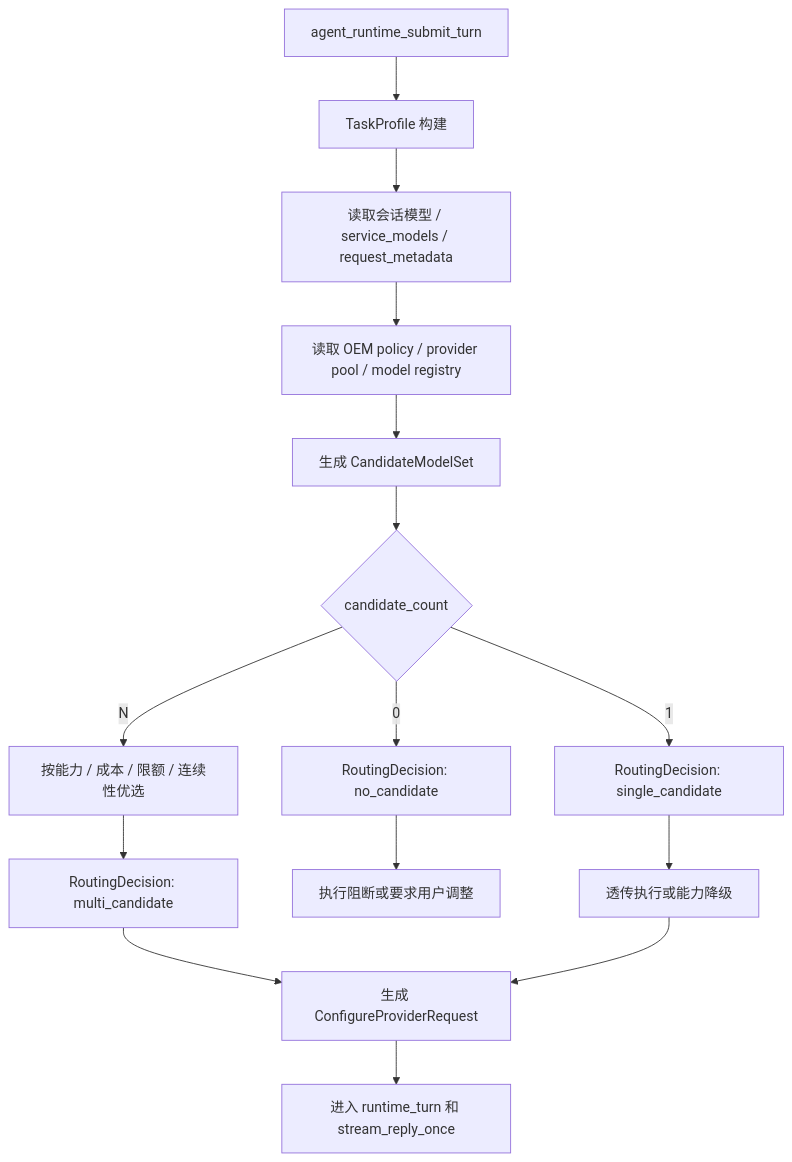
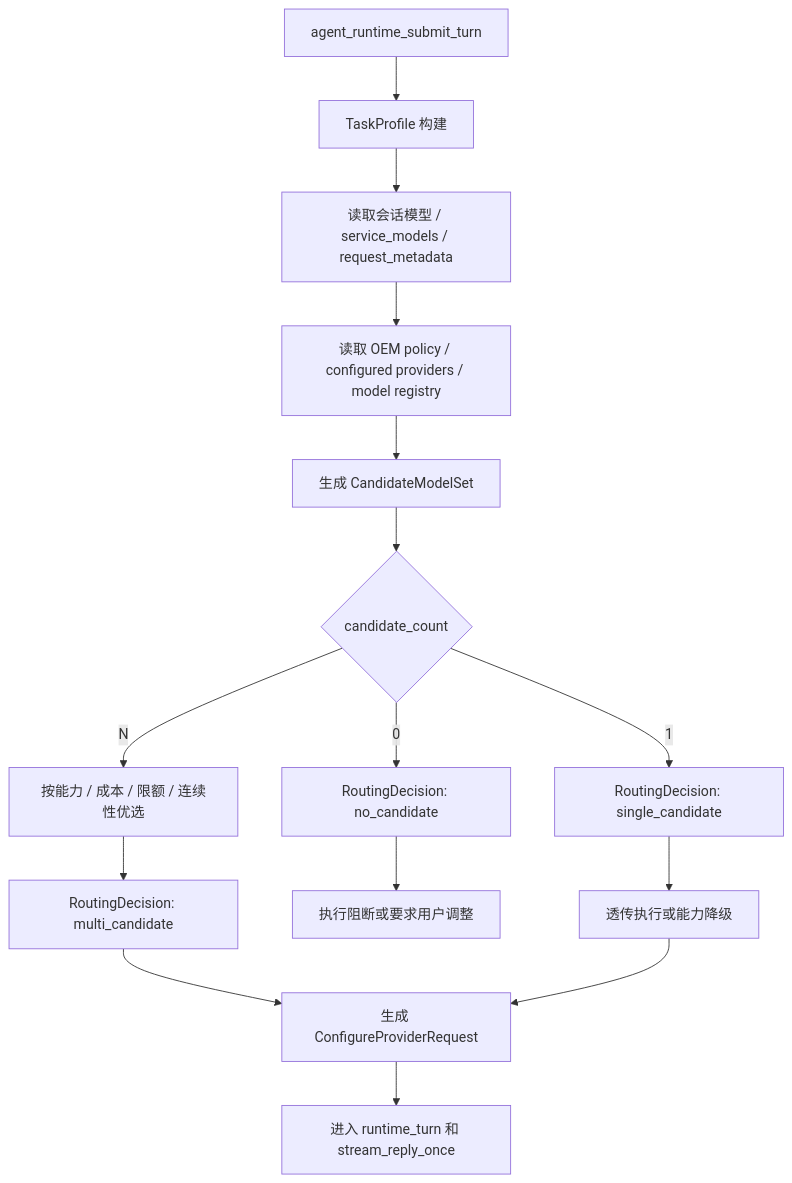
The second of 9 diagrams in docs/roadmap/task/diagrams.md (limecloud/lime), drawn with Mermaid before and after one commit. The commit also changed other lines of this file and 242 other files, not shown here.

````diff
--- a/docs/roadmap/task/diagrams.md
+++ b/docs/roadmap/task/diagrams.md
@@ -39,20 +39,20 @@
 ```mermaid
 flowchart TD
     A[agent_runtime_submit_turn] --> B[TaskProfile 构建]
     B --> C[读取会话模型 / service_models / request_metadata]
-    C --> D[读取 OEM policy / provider pool / model registry]
+    C --> D[读取 OEM policy / configured providers / model registry]
     D --> E[生成 CandidateModelSet]
     E --> F{candidate_count}
 
     F -- 0 --> G[RoutingDecision: no_candidate]
     F -- 1 --> H[RoutingDecision: single_candidate]
     F -- N --> I[按能力 / 成本 / 限额 / 连续性优选]
 
     I --> J[RoutingDecision: multi_candidate]
     G --> K[执行阻断或要求用户调整]
     H --> L[透传执行或能力降级]
     J --> M[生成 ConfigureProviderRequest]
 
     L --> M
     M --> N[进入 runtime_turn 和 stream_reply_once]
 ```
````
